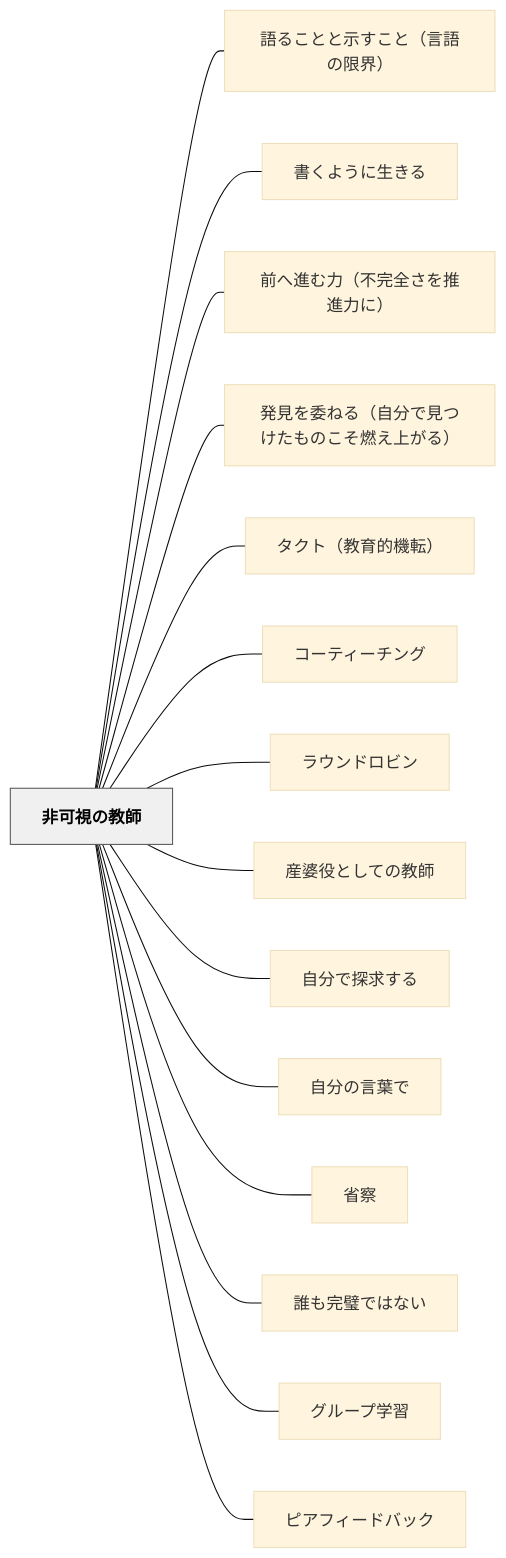
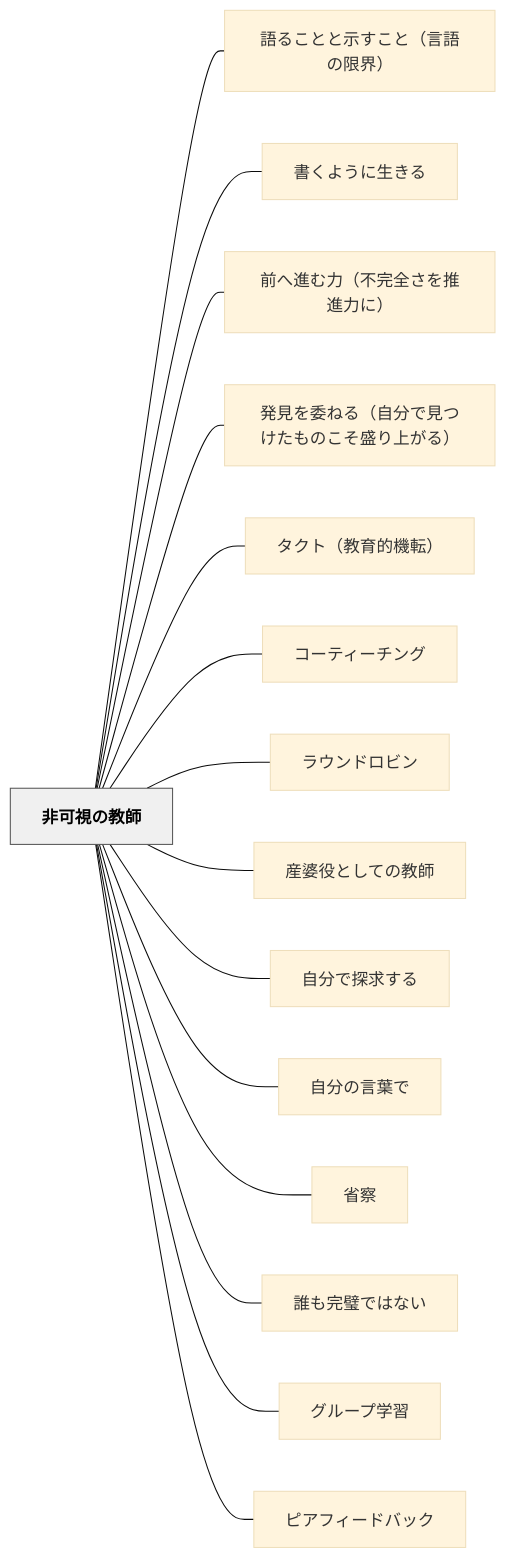
One commit to unknownthings-ed-patterns/unknownthings-ed-patterns changed the diagram in content/パタン/非可視の教師.md. Above: the diagram before and after it, drawn with Mermaid (base theme). The commit also changed other lines of this file and 36 other files, not shown here.

````diff
--- a/content/パタン/非可視の教師.md
+++ b/content/パタン/非可視の教師.md
@@ -108,36 +108,36 @@
 ```mermaid
 flowchart LR
     ne99d9ee58fafe8a696e381aee69599e5b8ab["非可視の教師"]
     ne8aa9ee3828be38193e381a8e381a8e7a4bae38199e38193e381a8efbc88e8a880e8aa9ee381aee99990e7958cefbc89["語ることと示すこと（言語の限界）"]
     ne69bb8e3818fe38288e38186e381abe7949fe3818de3828b["書くように生きる"]
     ne5898de381b8e980b2e38280e58a9befbc88e4b88de5ae8ce585a8e38195e38292e68ea8e980b2e58a9be381abefbc89["前へ進む力（不完全さを推進力に）"]
-    ne799bae8a68be38292e5a794e381ade3828befbc88e887aae58886e381a7e8a68be381a4e38191e3819fe38282e381aee38193e3819de78783e38188e4b88ae3818ce3828befbc89["発見を委ねる（自分で見つけたものこそ燃え上がる）"]
+    ne799bae8a68be38292e5a794e381ade3828befbc88e887aae58886e381a7e8a68be381a4e38191e3819fe38282e381aee38193e3819de79b9be3828ae4b88ae3818ce3828befbc89["発見を委ねる（自分で見つけたものこそ盛り上がる）"]
     ne382bfe382afe38388efbc88e69599e882b2e79a84e6a99fe8bba2efbc89["タクト（教育的機転）"]
     ne382b3e383bce38386e382a3e383bce38381e383b3e382b0["コーティーチング"]
     ne383a9e382a6e383b3e38389e383ade38393e383b3["ラウンドロビン"]
     ne794a3e5a986e5bdb9e381a8e38197e381a6e381aee69599e5b8ab["産婆役としての教師"]
     ne887aae58886e381a7e68ea2e6b182e38199e3828b["自分で探求する"]
     ne887aae58886e381aee8a880e89189e381a7["自分の言葉で"]
     ne79c81e5af9f["省察"]
     ne8aab0e38282e5ae8ce792a7e381a7e381afe381aae38184["誰も完璧ではない"]
     ne382b0e383abe383bce38397e5ada6e7bf92["グループ学習"]
     ne38394e382a2e38395e382a3e383bce38389e38390e38383e382af["ピアフィードバック"]
 
     ne99d9ee58fafe8a696e381aee69599e5b8ab --- ne8aa9ee3828be38193e381a8e381a8e7a4bae38199e38193e381a8efbc88e8a880e8aa9ee381aee99990e7958cefbc89
     ne99d9ee58fafe8a696e381aee69599e5b8ab --- ne69bb8e3818fe38288e38186e381abe7949fe3818de3828b
     ne99d9ee58fafe8a696e381aee69599e5b8ab --- ne5898de381b8e980b2e38280e58a9befbc88e4b88de5ae8ce585a8e38195e38292e68ea8e980b2e58a9be381abefbc89
-    ne99d9ee58fafe8a696e381aee69599e5b8ab --- ne799bae8a68be38292e5a794e381ade3828befbc88e887aae58886e381a7e8a68be381a4e38191e3819fe38282e381aee38193e3819de78783e38188e4b88ae3818ce3828befbc89
+    ne99d9ee58fafe8a696e381aee69599e5b8ab --- ne799bae8a68be38292e5a794e381ade3828befbc88e887aae58886e381a7e8a68be381a4e38191e3819fe38282e381aee38193e3819de79b9be3828ae4b88ae3818ce3828befbc89
     ne99d9ee58fafe8a696e381aee69599e5b8ab --- ne382bfe382afe38388efbc88e69599e882b2e79a84e6a99fe8bba2efbc89
     ne99d9ee58fafe8a696e381aee69599e5b8ab --- ne382b3e383bce38386e382a3e383bce38381e383b3e382b0
     ne99d9ee58fafe8a696e381aee69599e5b8ab --- ne383a9e382a6e383b3e38389e383ade38393e383b3
     ne99d9ee58fafe8a696e381aee69599e5b8ab --- ne794a3e5a986e5bdb9e381a8e38197e381a6e381aee69599e5b8ab
     ne99d9ee58fafe8a696e381aee69599e5b8ab --- ne887aae58886e381a7e68ea2e6b182e38199e3828b
     ne99d9ee58fafe8a696e381aee69599e5b8ab --- ne887aae58886e381aee8a880e89189e381a7
     ne99d9ee58fafe8a696e381aee69599e5b8ab --- ne79c81e5af9f
     ne99d9ee58fafe8a696e381aee69599e5b8ab --- ne8aab0e38282e5ae8ce792a7e381a7e381afe381aae38184
     ne99d9ee58fafe8a696e381aee69599e5b8ab --- ne382b0e383abe383bce38397e5ada6e7bf92
     ne99d9ee58fafe8a696e381aee69599e5b8ab --- ne38394e382a2e38395e382a3e383bce38389e38390e38383e382af
 
     classDef hub fill:#f0f0f0,stroke:#555,color:#000,font-weight:bold
     class ne99d9ee58fafe8a696e381aee69599e5b8ab hub
 ```
````
